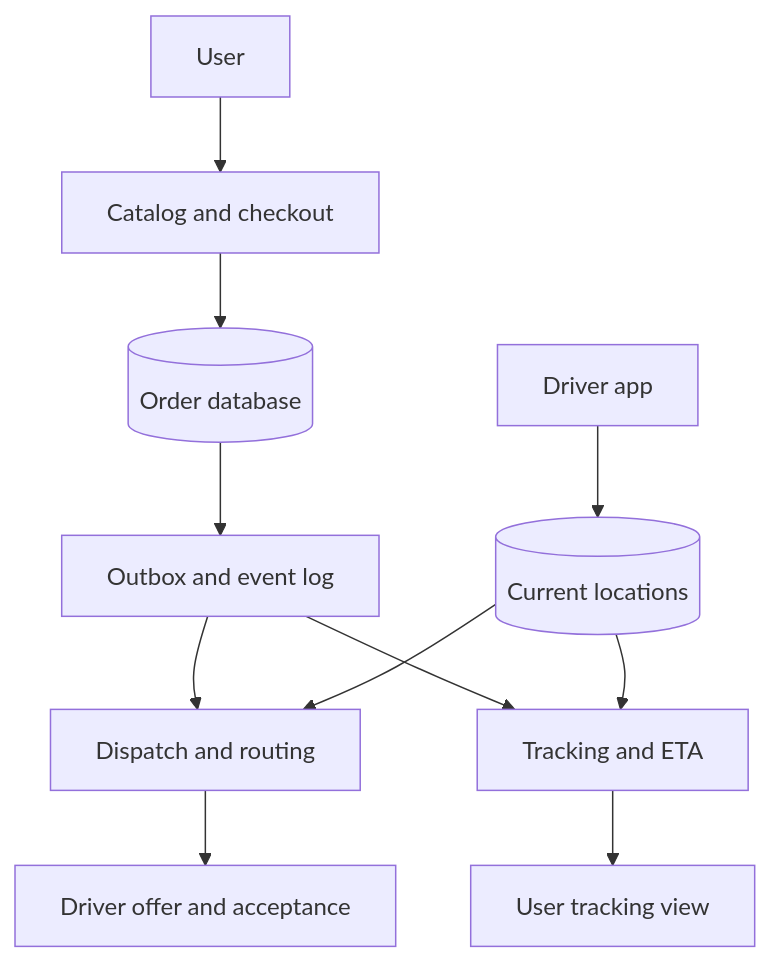
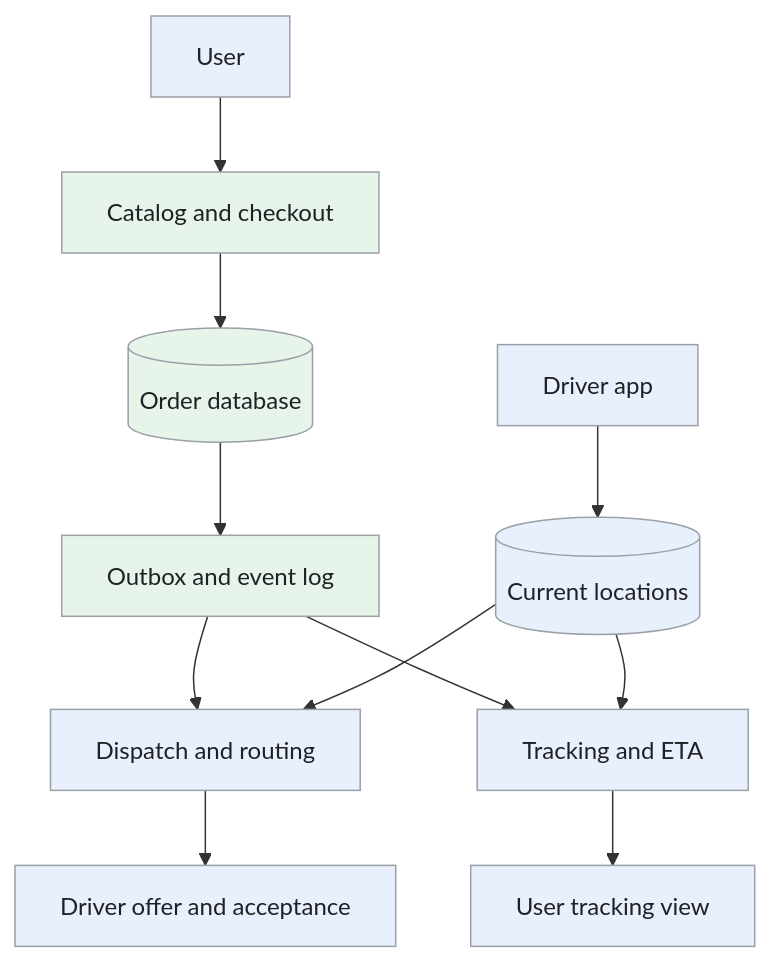
The first of 3 diagrams in _designs/system-design-doordash-uber-eats.md (iliazlobin/iliazlobin.github.io), drawn with Mermaid before and after one commit. The commit also changed other lines of this file and 20 other files, not shown here.

Commit message:
Improve design flows, tradeoffs, and technology references

````diff
--- a/_designs/system-design-doordash-uber-eats.md
+++ b/_designs/system-design-doordash-uber-eats.md
@@ -134,13 +134,18 @@
 ```mermaid
 flowchart TB
     U["User"] --> C["Catalog and checkout"]
     C --> O[("Order database")]
     O --> E["Outbox and event log"]
     E --> D["Dispatch and routing"]
     P["Driver app"] --> L[("Current locations")]
     L --> D
     D --> A["Driver offer and acceptance"]
     E --> T["Tracking and ETA"]
     L --> T
     T --> V["User tracking view"]
+  classDef request fill:#e8f0fe,stroke:#9aa0a6,color:#202124,stroke-width:1px
+  classDef background fill:#e6f4ea,stroke:#9aa0a6,color:#202124,stroke-width:1px
+  classDef control fill:#fef7e0,stroke:#9aa0a6,color:#202124,stroke-width:1px
+  class U,D,P,L,A,T,V request
+  class C,O,E background
 ```
````
